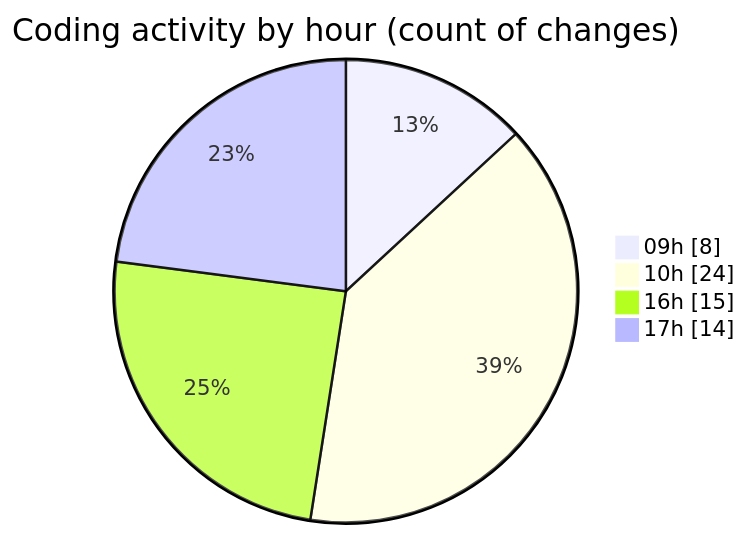
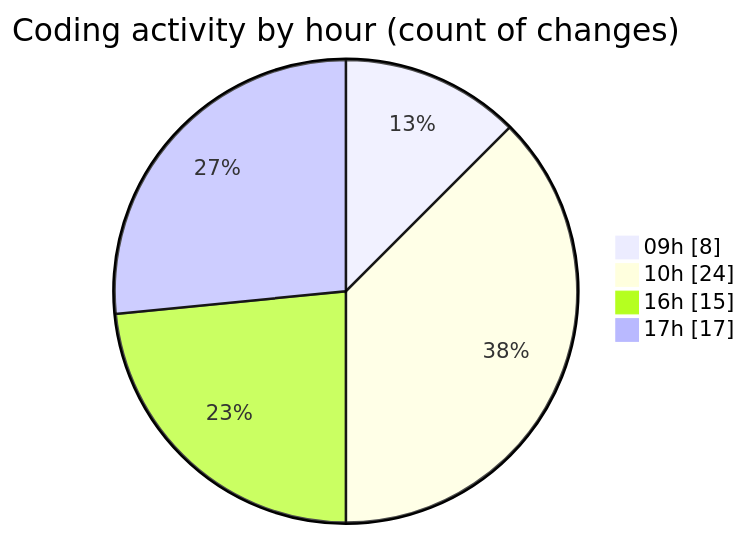
The second of 2 diagrams in 2025-10-09/eventscop-frontend-guide__workspace_/README.md (julien-gomy/code-tracking), drawn with Mermaid before and after one commit. The commit also changed other lines of this file and 1 other file, not shown here.

````diff
--- a/2025-10-09/eventscop-frontend-guide__workspace_/README.md
+++ b/2025-10-09/eventscop-frontend-guide__workspace_/README.md
@@ -50,8 +51,8 @@
 ```mermaid
 pie showData
 title Coding activity by hour (count of changes)
 "09h" : 8
 "10h" : 24
 "16h" : 15
-"17h" : 14
+"17h" : 17
 ```
````
